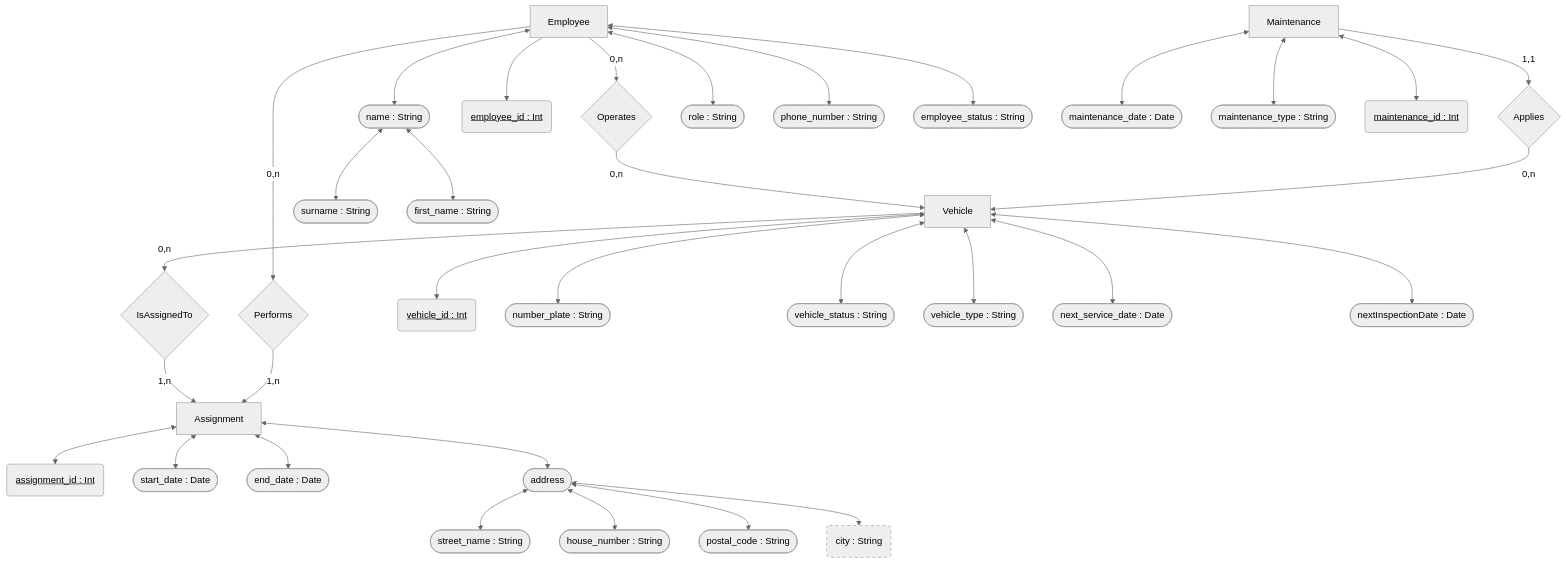
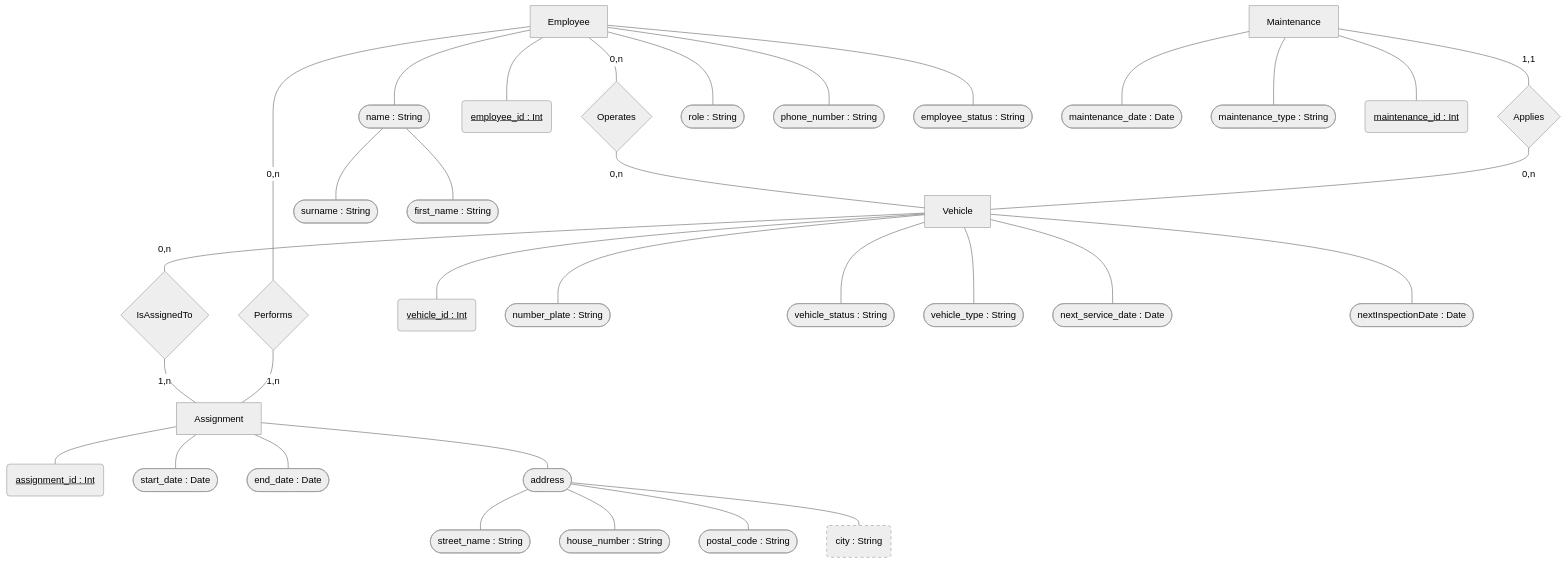
The diagram in docs/Conceptual Model.md (MatiasHeiberg/sibdat25_DatabaseProject), drawn with Mermaid (neutral theme) before and after one commit. The commit also changed 3 other files, not shown here.

````diff
--- a/docs/Conceptual Model.md
+++ b/docs/Conceptual Model.md
@@ -3,47 +3,47 @@
 ```mermaid  
 flowchart TB
 
-Maintenance[Maintenance] --> |1,1|Applies{Applies} 
-Applies{Applies} --> |0,n|Vehicle[Vehicle]
+Maintenance[Maintenance] --- |1,1|Applies{Applies} 
+Applies{Applies} --- |0,n|Vehicle[Vehicle]
 
-Employee[Employee] --> |0,n|Performs{Performs} 
-Performs{Performs} --> |1,n|Assignment[Assignment]
+Employee[Employee] --- |0,n|Performs{Performs} 
+Performs{Performs} --- |1,n|Assignment[Assignment]
 
-Vehicle[Vehicle] --> |0,n|IsAssignedTo{IsAssignedTo}
-IsAssignedTo{IsAssignedTo} --> |1,n|Assignment[Assignment]
+Vehicle[Vehicle] --- |0,n|IsAssignedTo{IsAssignedTo}
+IsAssignedTo{IsAssignedTo} --- |1,n|Assignment[Assignment]
 
-Employee[Employee] --> |0,n|Operates{Operates} 
-Operates{Operates} --> |0,n|Vehicle[Vehicle]
+Employee[Employee] --- |0,n|Operates{Operates} 
+Operates{Operates} --- |0,n|Vehicle[Vehicle]
 
-Vehicle[Vehicle] <--> vehicle_id("<u>vehicle_id : Int</u>")
-Vehicle[Vehicle] <--> number_plate([number_plate : String])
+Vehicle[Vehicle] --- vehicle_id("<u>vehicle_id : Int</u>")
+Vehicle[Vehicle] --- number_plate([number_plate : String])
 
-Vehicle[Vehicle] <--> vehicle_status([vehicle_status : String])
-Vehicle[Vehicle] <--> vehicle_type([vehicle_type : String])
-Vehicle[Vehicle] <--> next_service_date([next_service_date : Date])
-Vehicle[Vehicle] <--> nextInspectionDate([nextInspectionDate : Date])
+Vehicle[Vehicle] --- vehicle_status([vehicle_status : String])
+Vehicle[Vehicle] --- vehicle_type([vehicle_type : String])
+Vehicle[Vehicle] --- next_service_date([next_service_date : Date])
+Vehicle[Vehicle] --- nextInspectionDate([nextInspectionDate : Date])
 
-Employee[Employee] --> employee_id("<u>employee_id : Int</u>")
-Employee[Employee] <--> name([name : String])
-name([name : String]) <--> surname([surname : String])
-name([name : String]) <--> first_name([first_name : String])
-Employee[Employee] <--> role([role : String])
-Employee[Employee] <--> phone_number([phone_number : String]) 
-Employee[Employee] <--> employee_status([employee_status : String]) 
+Employee[Employee] --- employee_id("<u>employee_id : Int</u>")
+Employee[Employee] --- name([name : String])
+name([name : String]) --- surname([surname : String])
+name([name : String]) --- first_name([first_name : String])
+Employee[Employee] --- role([role : String])
+Employee[Employee] --- phone_number([phone_number : String]) 
+Employee[Employee] --- employee_status([employee_status : String]) 
 
-Assignment[Assignment] <--> assignment_id("<u>assignment_id : Int</u>") 
-Assignment[Assignment] <--> start_date([start_date : Date])
-Assignment[Assignment] <--> end_date([end_date : Date])
+Assignment[Assignment] --- assignment_id("<u>assignment_id : Int</u>") 
+Assignment[Assignment] --- start_date([start_date : Date])
+Assignment[Assignment] --- end_date([end_date : Date])
 
-Assignment[Assignment] <--> address([address : String])
-address([address]) <--> street_name([street_name : String])
-address([address]) <--> house_number([house_number : String])
-address([address]) <--> postal_code([postal_code : String])
-address([address]) <--> city(city : String)
+Assignment[Assignment] --- address([address : String])
+address([address]) --- street_name([street_name : String])
+address([address]) --- house_number([house_number : String])
+address([address]) --- postal_code([postal_code : String])
+address([address]) --- city(city : String)
 style city stroke-dasharray: 5 5
 
-Maintenance[Maintenance] <--> maintenance_date([maintenance_date : Date])
-Maintenance[Maintenance] <--> maintenance_type([maintenance_type : String])
-Maintenance[Maintenance] <--> maintenance_id("<u>maintenance_id : Int</u>")
+Maintenance[Maintenance] --- maintenance_date([maintenance_date : Date])
+Maintenance[Maintenance] --- maintenance_type([maintenance_type : String])
+Maintenance[Maintenance] --- maintenance_id("<u>maintenance_id : Int</u>")
 
 ```
````
